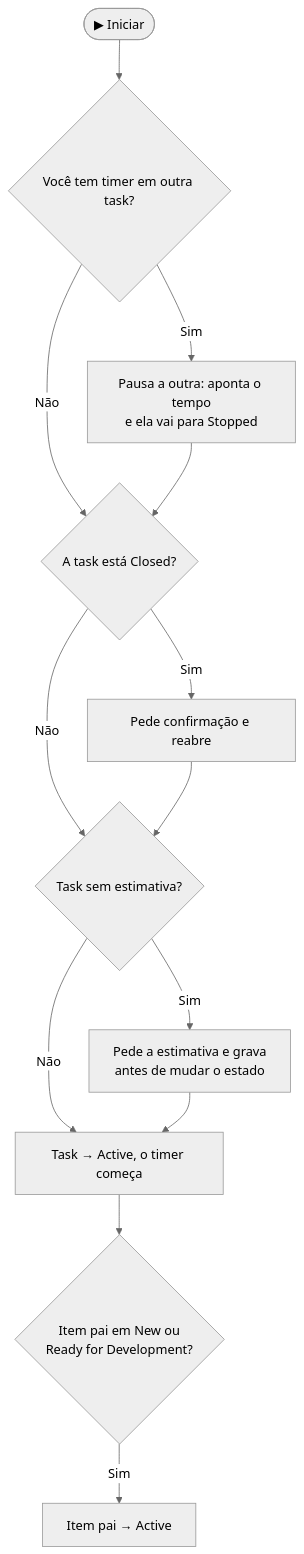
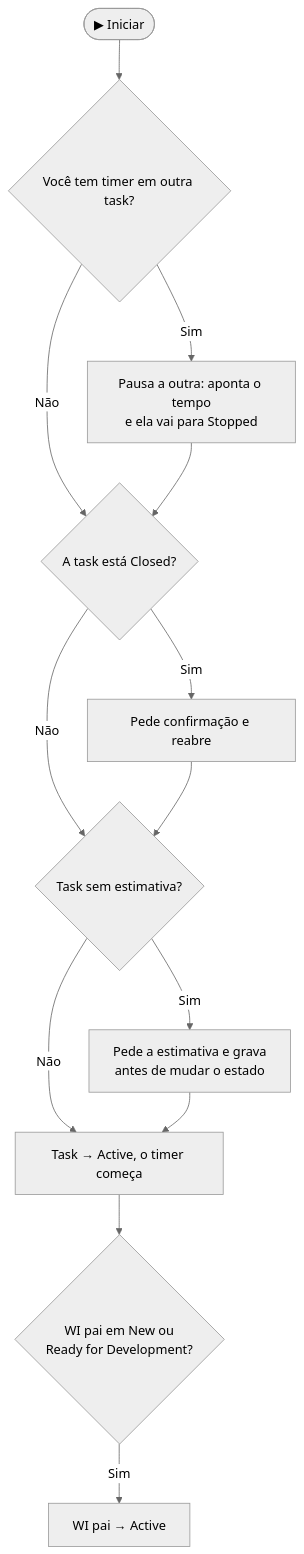
Before and after one commit to GHMeyer0/azure-devops-tictask: the first of 3 diagrams in docs/wiki/Usar-numa-Task.md, drawn with Mermaid (neutral theme). The commit also changed other lines of this file and 50 other files, not shown here.

````diff
--- a/docs/wiki/Usar-numa-Task.md
+++ b/docs/wiki/Usar-numa-Task.md
@@ -20,15 +20,15 @@
 ```mermaid
 flowchart TD
     I([▶ Iniciar]) --> O{Você tem timer em outra task?}
     O -- Sim --> PO[Pausa a outra: aponta o tempo<br/>e ela vai para Stopped]
     O -- Não --> C
     PO --> C{A task está Closed?}
     C -- Sim --> CF[Pede confirmação e reabre]
     C -- Não --> E
     CF --> E{Task sem estimativa?}
     E -- Sim --> DE[Pede a estimativa e grava<br/>antes de mudar o estado]
     E -- Não --> AT
     DE --> AT[Task → Active, o timer começa]
-    AT --> US{"Item pai em New ou<br/>Ready for Development?"}
-    US -- Sim --> UA[Item pai → Active]
+    AT --> US{"WI pai em New ou<br/>Ready for Development?"}
+    US -- Sim --> UA[WI pai → Active]
 ```
````
